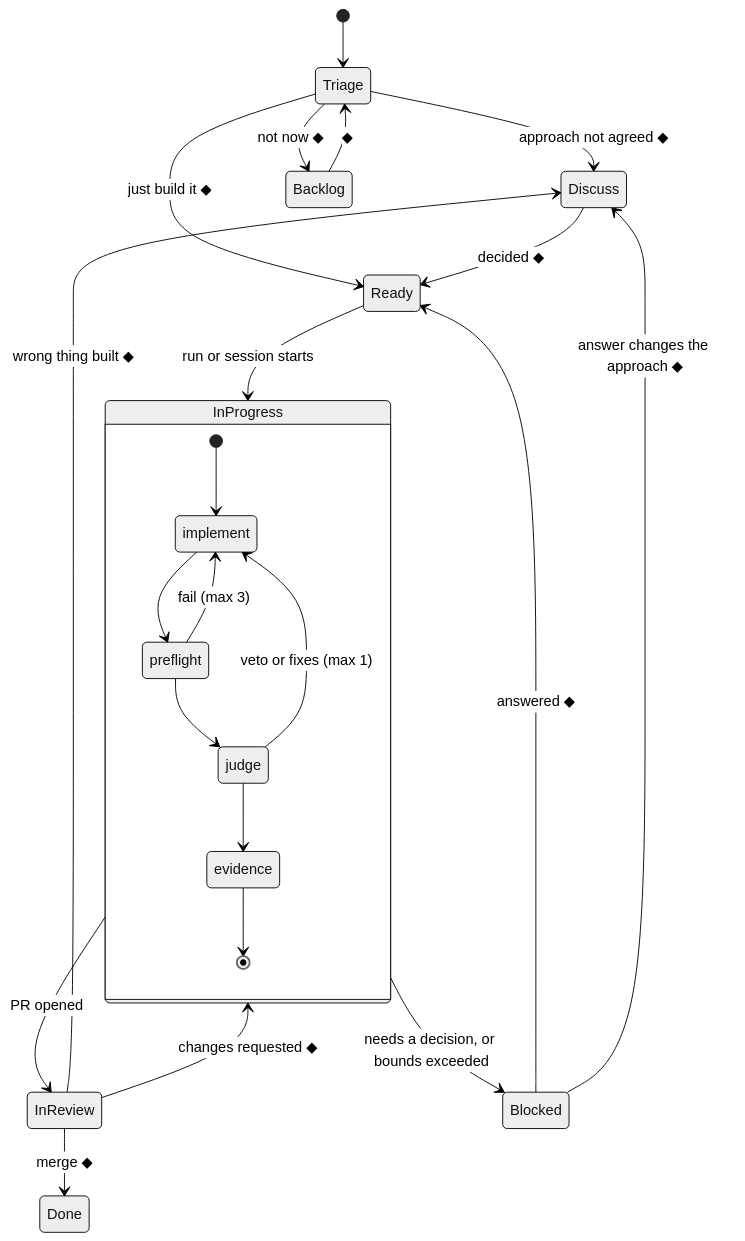
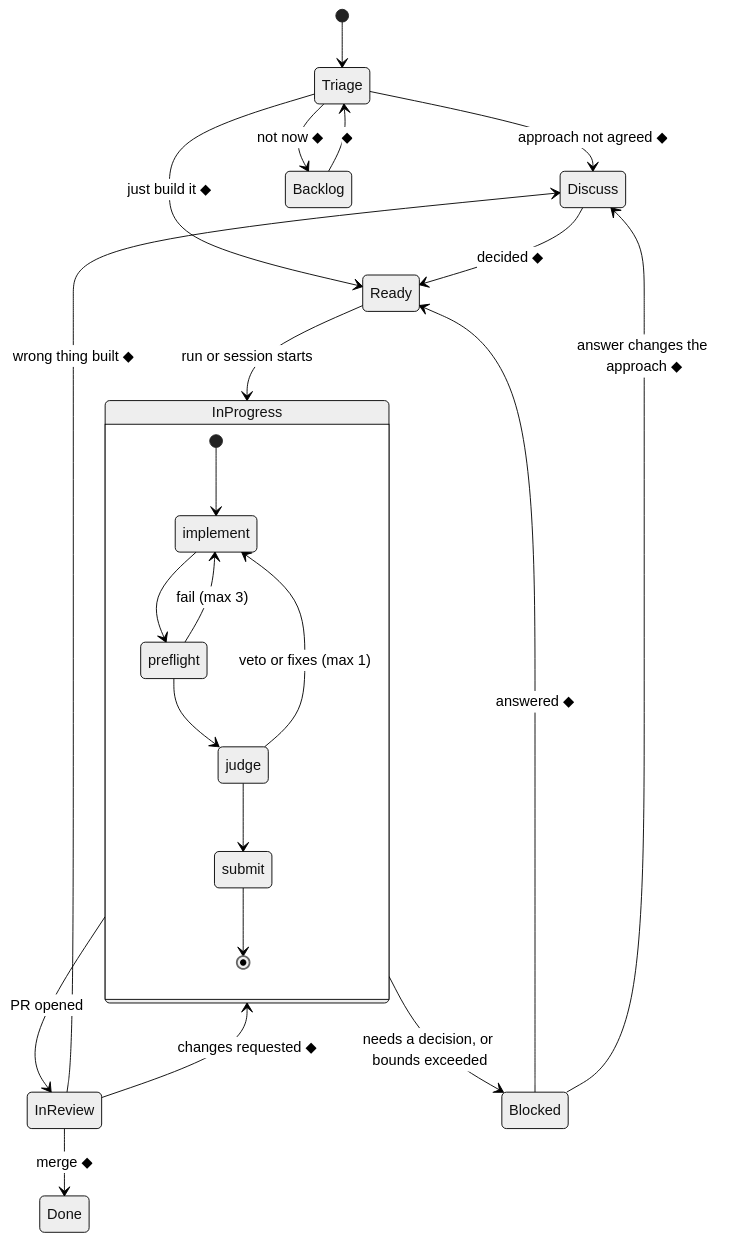
One commit to kyleaupton/arrflix changed the diagram in factory/WORKFLOW.md. Above: the diagram before and after it, drawn with Mermaid (neutral theme). The commit also changed other lines of this file and 1 other file, not shown here.

````diff
--- a/factory/WORKFLOW.md
+++ b/factory/WORKFLOW.md
@@ -18,28 +20,28 @@
 ```mermaid
 stateDiagram-v2
     [*] --> Triage
     Triage --> Discuss: approach not agreed ◆
     Triage --> Ready: just build it ◆
     Triage --> Backlog: not now ◆
     Backlog --> Triage: ◆
     Discuss --> Ready: decided ◆
     Ready --> InProgress: run or session starts
 
     state InProgress {
         [*] --> implement
         implement --> preflight
         preflight --> implement: fail (max 3)
         preflight --> judge
         judge --> implement: veto or fixes (max 1)
-        judge --> evidence
-        evidence --> [*]
+        judge --> submit
+        submit --> [*]
     }
 
     InProgress --> InReview: PR opened
     InProgress --> Blocked: needs a decision, or bounds exceeded
     Blocked --> Ready: answered ◆
     Blocked --> Discuss: answer changes the approach ◆
     InReview --> InProgress: changes requested ◆
     InReview --> Discuss: wrong thing built ◆
     InReview --> Done: merge ◆
 ```
````
